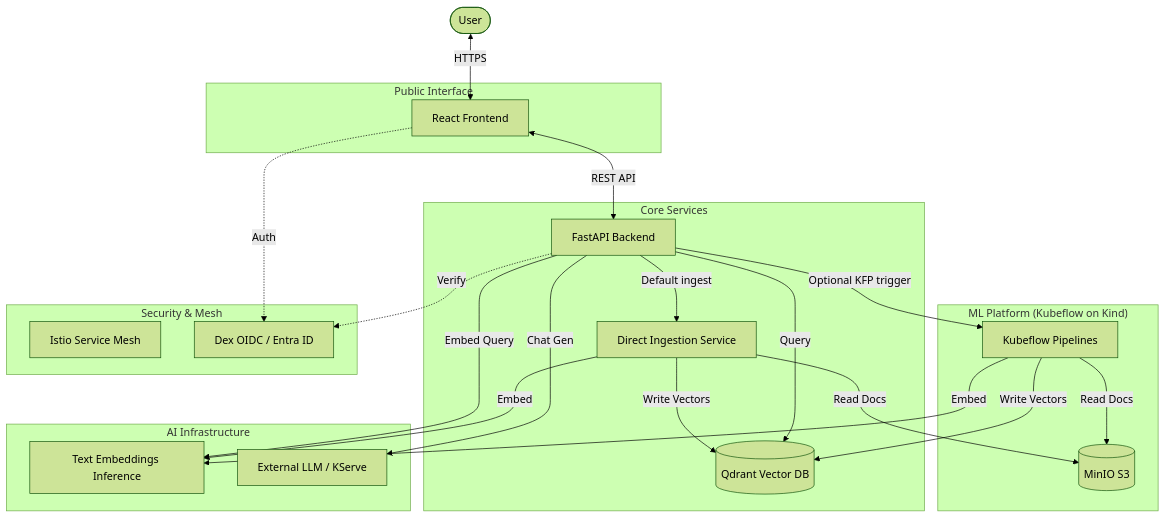
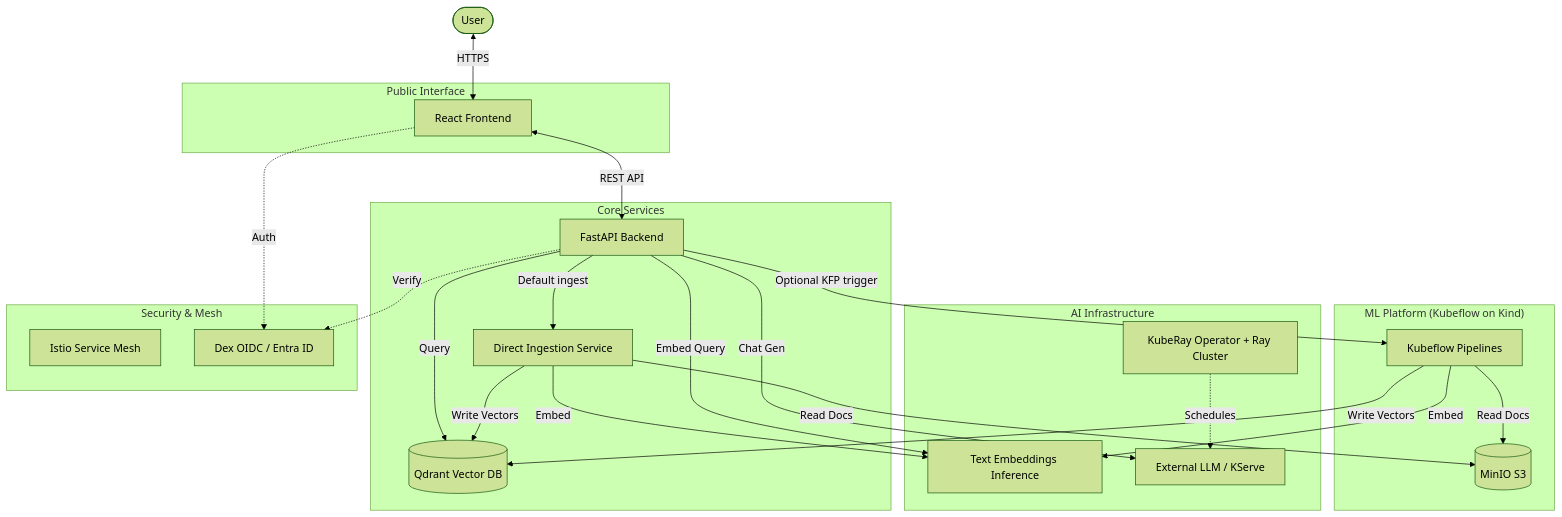
Before and after one commit to elis-salobehaj/Vellum: the diagram in docs/context/ARCHITECTURE.md, drawn with Mermaid (forest theme). The commit also changed 10 other files, not shown here.

Commit message:
feat: complete Phase 2 KubeRay operator and Ray cluster deployment

````diff
--- a/docs/context/ARCHITECTURE.md
+++ b/docs/context/ARCHITECTURE.md
@@ -36,49 +36,51 @@
 ```mermaid
 graph TD
     User([User])
     
     subgraph "Public Interface"
         Frontend[React Frontend]
     end
     
     subgraph "Core Services"
         Backend[FastAPI Backend]
         Qdrant[(Qdrant Vector DB)]
         Direct[Direct Ingestion Service]
     end
     
     subgraph "ML Platform (Kubeflow on Kind)"
         KFP[Kubeflow Pipelines]
         MinIO[(MinIO S3)]
     end
     
     subgraph "AI Infrastructure"
         TEI[Text Embeddings Inference]
         LLM[External LLM / KServe]
+        KubeRay[KubeRay Operator + Ray Cluster]
     end
     
     User <-->|HTTPS| Frontend
     Frontend <-->|REST API| Backend
     Backend -->|Query| Qdrant
     Backend -->|Default ingest| Direct
     Backend -->|Optional KFP trigger| KFP
 
     Direct -->|Read Docs| MinIO
     Direct -->|Embed| TEI
     Direct -->|Write Vectors| Qdrant
     
     KFP -->|Read Docs| MinIO
     KFP -->|Embed| TEI
     KFP -->|Write Vectors| Qdrant
     
     Backend -->|Embed Query| TEI
     Backend -->|Chat Gen| LLM
+    KubeRay -.->|Schedules| LLM
     
     subgraph "Security & Mesh"
         Istio[Istio Service Mesh]
         Dex[Dex OIDC / Entra ID]
     end
     
     Frontend -.->|Auth| Dex
     Backend -.->|Verify| Dex
 ```
````
